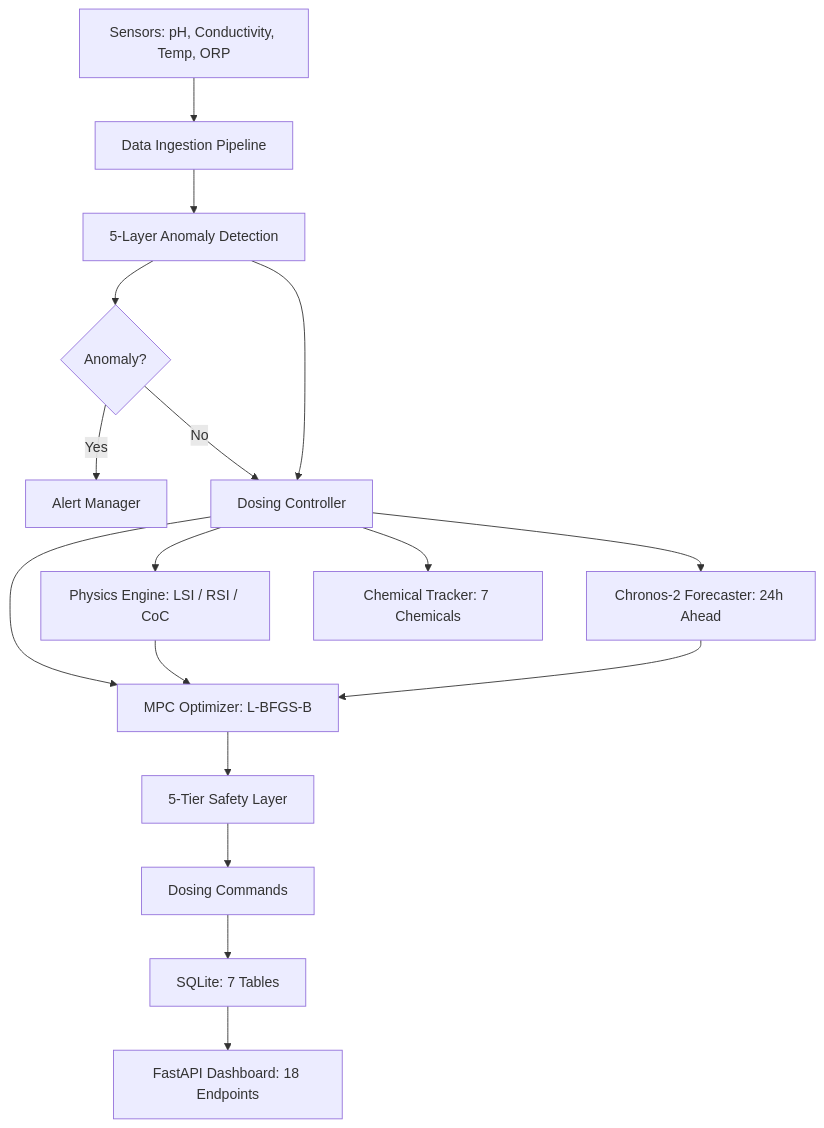
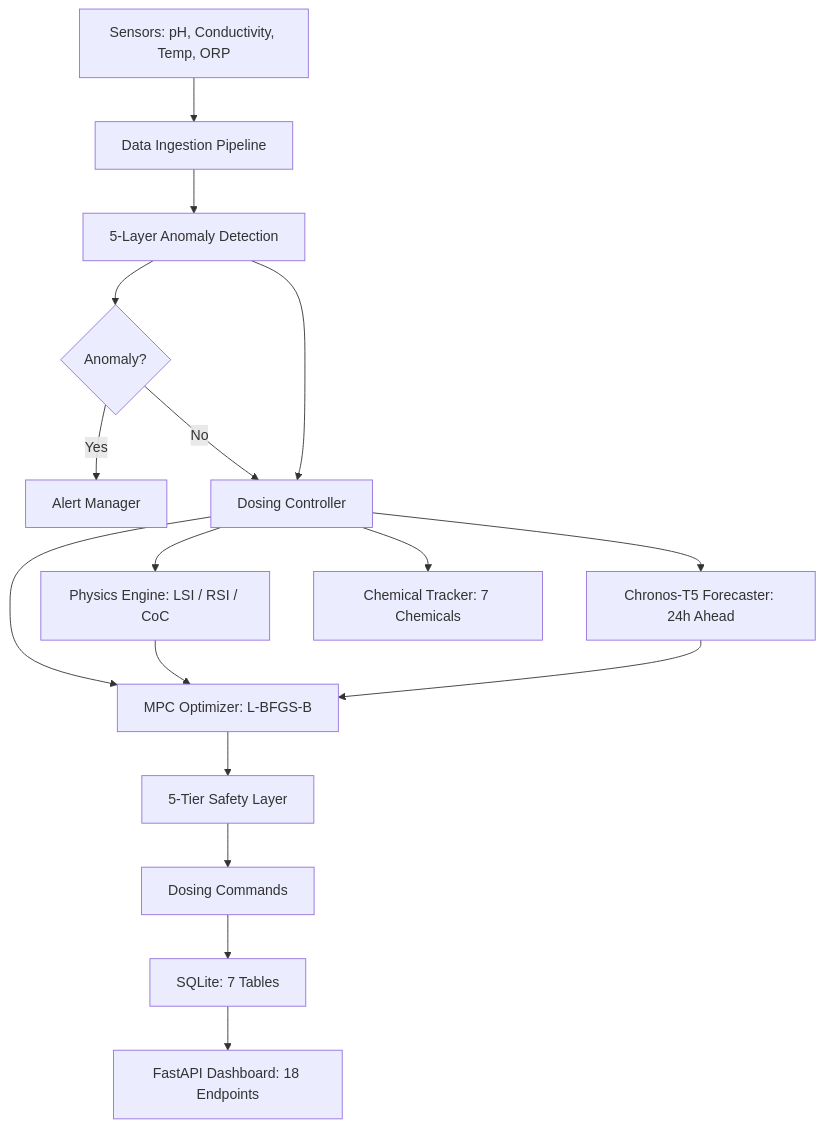
Before and after one commit to Madhvansh/TGF: the diagram in README.md, drawn with Mermaid. The commit also changed other lines of this file and 7 other files, not shown here.

````diff
--- a/README.md
+++ b/README.md
@@ -24,19 +28,19 @@
 ```mermaid
 graph TD
     A[Sensors: pH, Conductivity, Temp, ORP] --> B[Data Ingestion Pipeline]
     B --> C[5-Layer Anomaly Detection]
     C --> D{Anomaly?}
     D -->|Yes| E[Alert Manager]
     D -->|No| F[Dosing Controller]
     C --> F
     F --> G[Physics Engine: LSI / RSI / CoC]
-    F --> H[Chronos-2 Forecaster: 24h Ahead]
+    F --> H[Chronos-T5 Forecaster: 24h Ahead]
     F --> I[MPC Optimizer: L-BFGS-B]
     F --> J[Chemical Tracker: 7 Chemicals]
     G --> I
     H --> I
     I --> K[5-Tier Safety Layer]
     K --> L[Dosing Commands]
     L --> M[SQLite: 7 Tables]
     M --> N[FastAPI Dashboard: 18 Endpoints]
 ```
````
